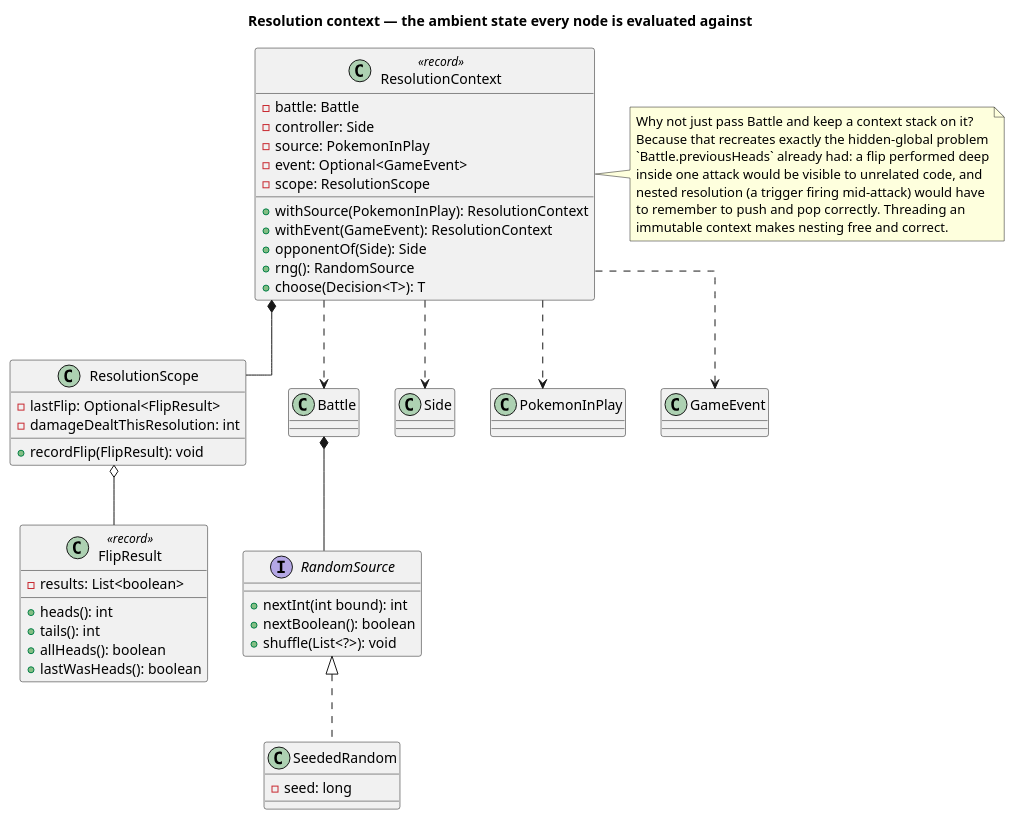
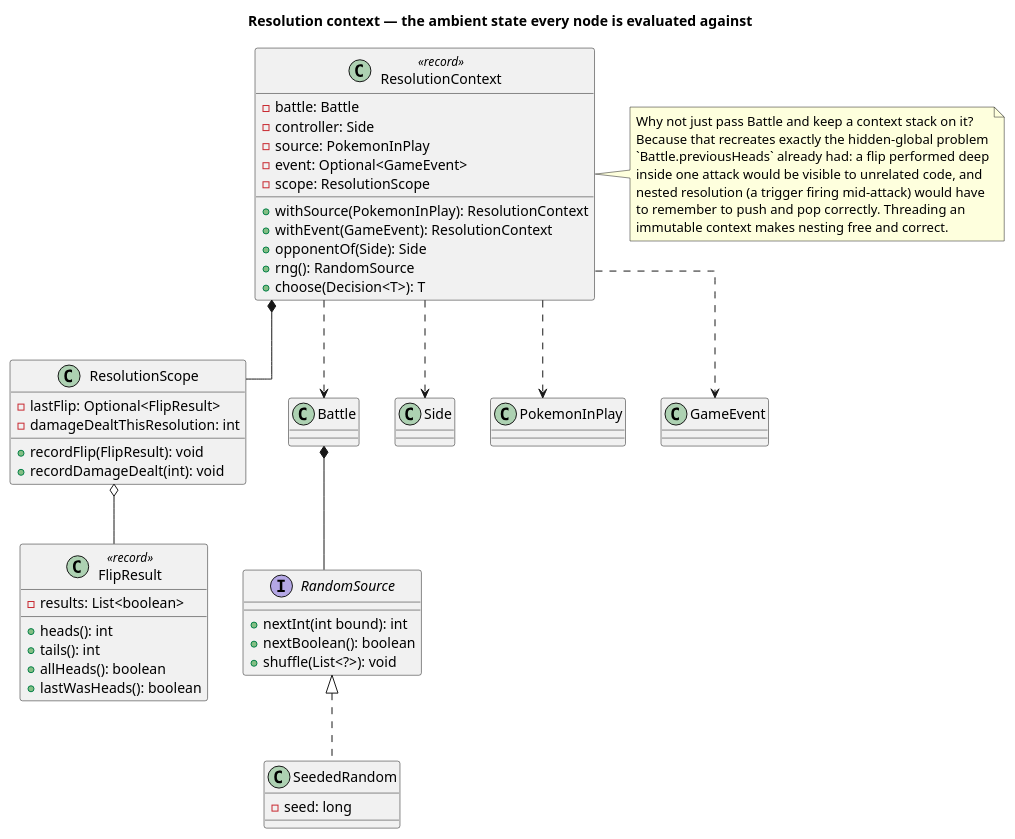
One commit to Richie-Moon/TCGPocketBattler changed the diagram in docs/UML/Resolution.puml. Above: the diagram before and after it, drawn with PlantUML. The commit also changed 20 other files, not shown here.

```diff
--- a/docs/UML/Resolution.puml
+++ b/docs/UML/Resolution.puml
@@ -1,85 +1,86 @@
 @startuml
 title Resolution context — the ambient state every node is evaluated against
 
 skinparam linetype ortho
 
 /'
   Every evaluator (INumber, ICondition at the top level, ITarget, IEffect,
   IAttempt, IAction) takes a ResolutionContext instead of a bare Battle.
 '/
 
 class ResolutionContext <<record>> {
     - battle: Battle
     - controller: Side
     /' The card whose text is being resolved. `Self` and `SelfSide` resolve
        through this, which is how a Tool or Ability trigger can mean
        "the Pokemon I am attached to". '/
     - source: PokemonInPlay
     /' Present only while a trigger is resolving; carries the payload of the
        event that fired it. '/
     - event: Optional<GameEvent>
     - scope: ResolutionScope
 
     + withSource(PokemonInPlay): ResolutionContext
     + withEvent(GameEvent): ResolutionContext
     + opponentOf(Side): Side
     + rng(): RandomSource
     + choose(Decision<T>): T
 }
 
 /'
   Deliberately mutable, and the only mutable thing reachable from an otherwise
   immutable context. It is the scratchpad for one resolution: a coin flip
   performed by an IFlipStrategy has to be readable by the INumber that follows
   it in the same Attempt.
 '/
 class ResolutionScope {
     - lastFlip: Optional<FlipResult>
     - damageDealtThisResolution: int
 
     + recordFlip(FlipResult): void
+    + recordDamageDealt(int): void
 }
 
 class FlipResult <<record>> {
     - results: List<boolean>
 
     + heads(): int
     + tails(): int
     + allHeads(): boolean
     + lastWasHeads(): boolean
 }
 
 /'
   Seeded so that a whole game replays identically. Everything random goes
   through here: FlipN, FlipUntilTails, shuffleDeck, the *Random targets,
   SpreadDamage distribution, and RandomPlayer's decisions.
 '/
 interface RandomSource {
     + nextInt(int bound): int
     + nextBoolean(): boolean
     + shuffle(List<?>): void
 }
 
 class SeededRandom implements RandomSource {
     - seed: long
 }
 
 ResolutionContext *-- ResolutionScope
 ResolutionScope o-- FlipResult
 ResolutionContext ..> Battle
 ResolutionContext ..> Side
 ResolutionContext ..> PokemonInPlay
 ResolutionContext ..> GameEvent
 Battle *-- RandomSource
 
 note right of ResolutionContext
   Why not just pass Battle and keep a context stack on it?
   Because that recreates exactly the hidden-global problem
   `Battle.previousHeads` already had: a flip performed deep
   inside one attack would be visible to unrelated code, and
   nested resolution (a trigger firing mid-attack) would have
   to remember to push and pop correctly. Threading an
   immutable context makes nesting free and correct.
 end note
 
 @enduml
```
